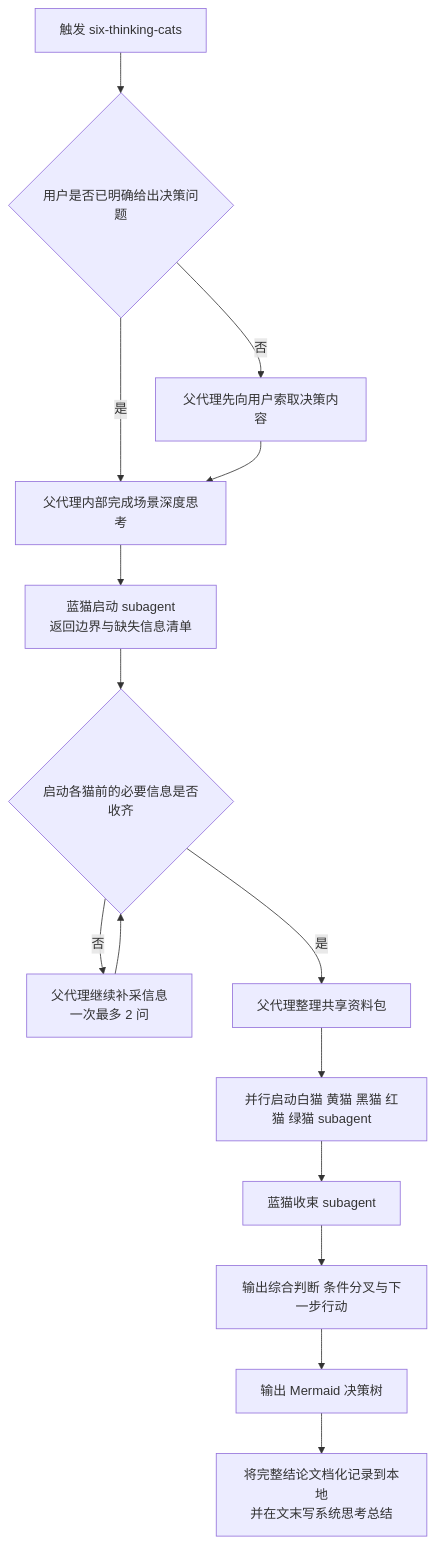
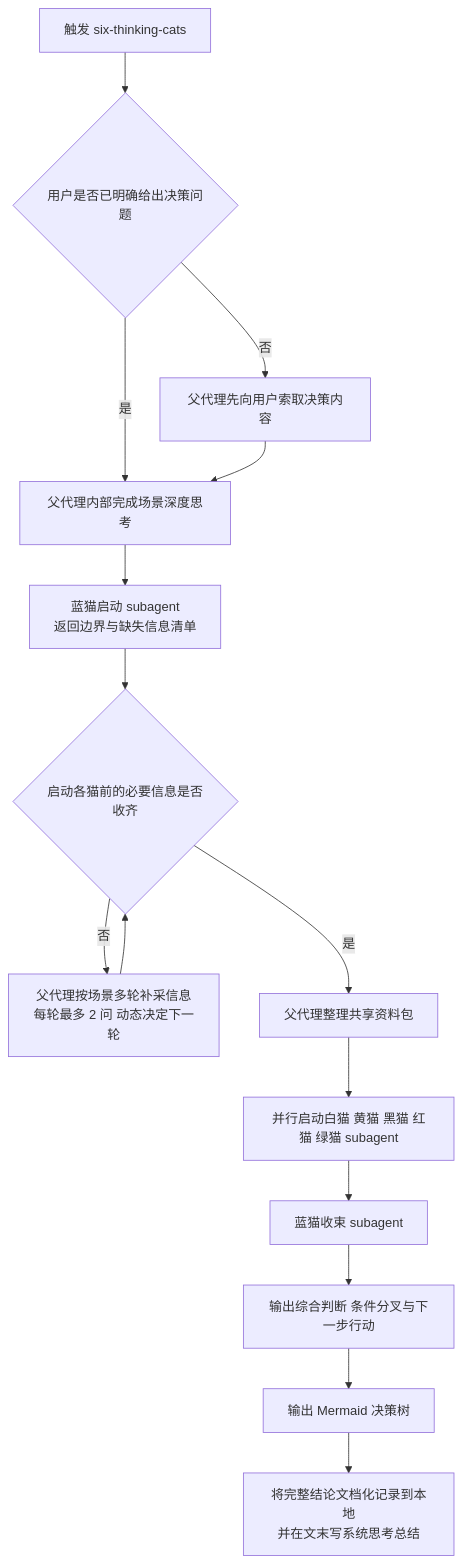
One commit to nanzhipro/six-thinking-cats changed the diagram in SKILL.md. Above: the diagram before and after it, drawn with Mermaid. The commit also changed other lines of this file and 3 other files, not shown here.

First line of the commit message:
Clarifies multi-round questioning and info collection flow

````diff
--- a/SKILL.md
+++ b/SKILL.md
@@ -66,17 +66,17 @@
 ```mermaid
 flowchart TD
     A[触发 six-thinking-cats] --> B{用户是否已明确给出决策问题}
     B -- 否 --> C[父代理先向用户索取决策内容]
     B -- 是 --> D[父代理内部完成场景深度思考]
     C --> D
     D --> E[蓝猫启动 subagent<br/>返回边界与缺失信息清单]
     E --> F{启动各猫前的必要信息是否收齐}
-    F -- 否 --> G[父代理继续补采信息<br/>一次最多 2 问]
+   F -- 否 --> G[父代理按场景多轮补采信息<br/>每轮最多 2 问 动态决定下一轮]
     G --> F
     F -- 是 --> H[父代理整理共享资料包]
     H --> I[并行启动白猫 黄猫 黑猫 红猫 绿猫 subagent]
    I --> J[蓝猫收束 subagent]
    J --> K[输出综合判断 条件分叉与下一步行动]
    K --> L[输出 Mermaid 决策树]
    L --> M[将完整结论文档化记录到本地<br/>并在文末写系统思考总结]
 ```
````
